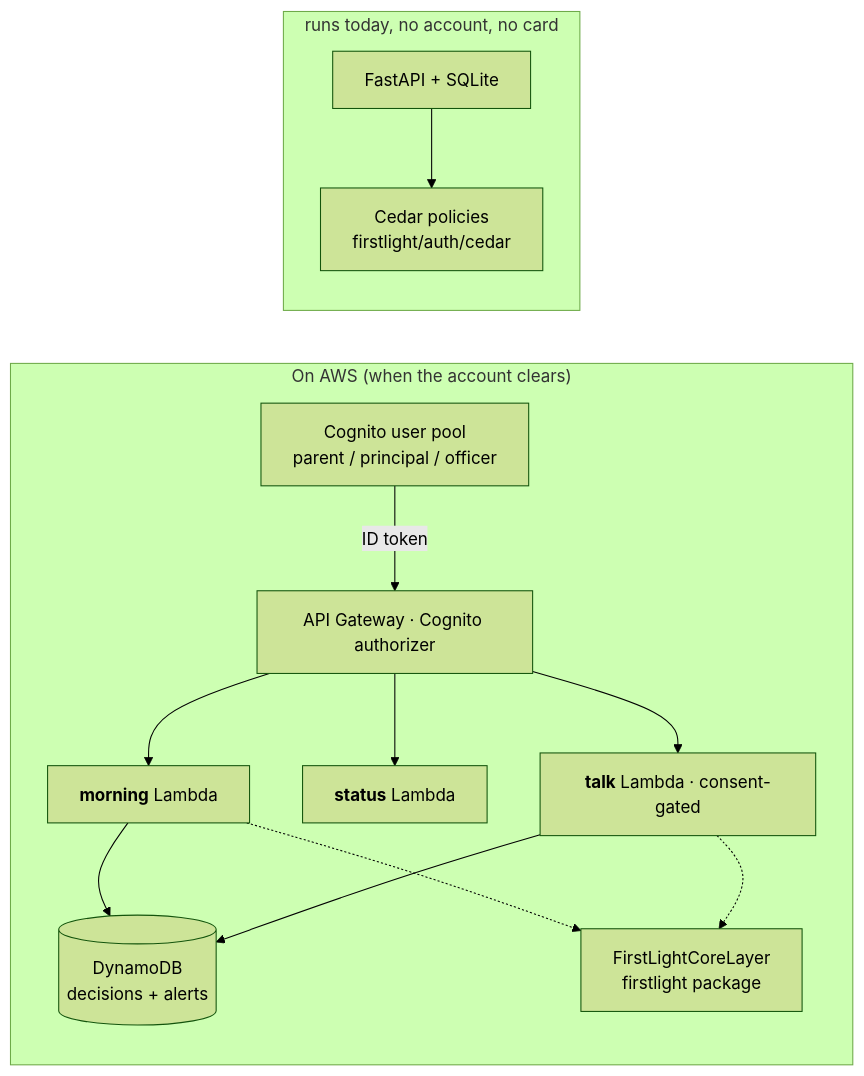
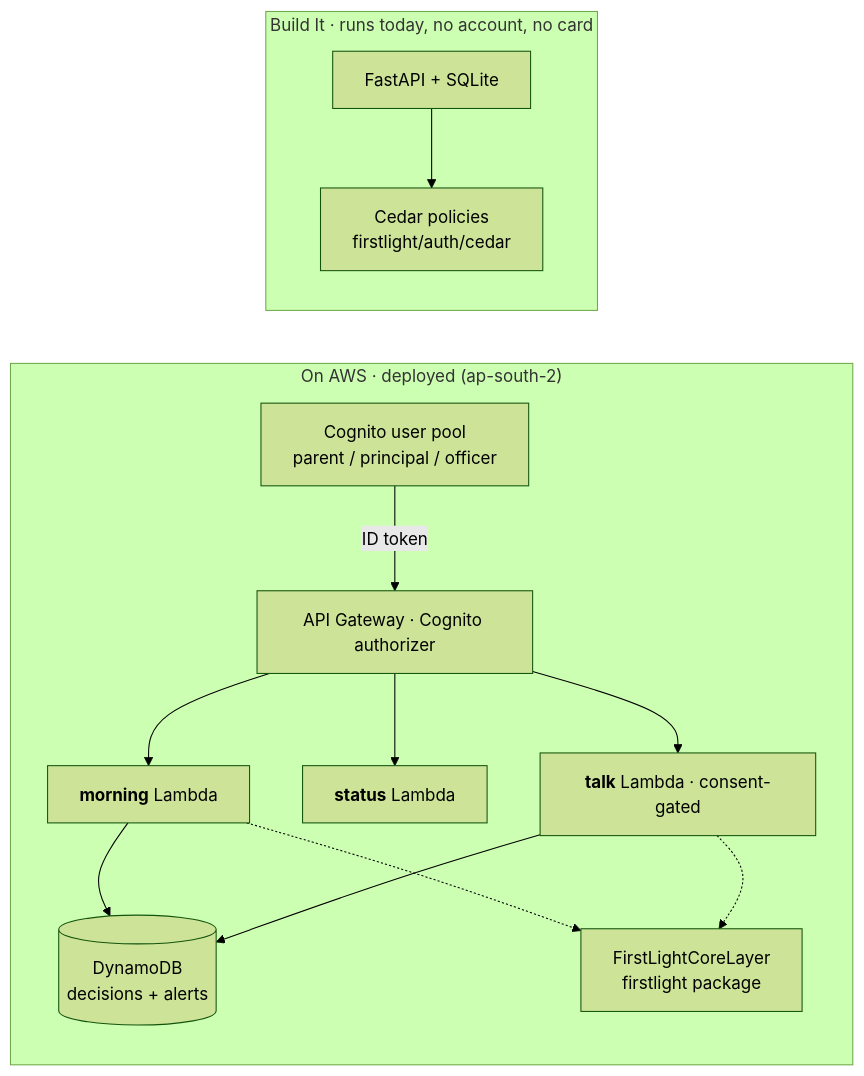
Before and after one commit to ionfwsrijan/FirstLight: the second of 2 diagrams in docs/architecture.md, drawn with Mermaid (forest theme). The commit also changed 4 other files, not shown here.

````diff
--- a/docs/architecture.md
+++ b/docs/architecture.md
@@ -44,16 +44,16 @@
 ```mermaid
 flowchart LR
-    subgraph Cloud["On AWS (when the account clears)"]
+    subgraph Cloud["On AWS · deployed (ap-south-2)"]
         CA[Cognito user pool<br/>parent / principal / officer] -->|ID token| APIGW[API Gateway · Cognito authorizer]
         APIGW --> L1[<b>morning</b> Lambda]
         APIGW --> L2[<b>status</b> Lambda]
         APIGW --> L3[<b>talk</b> Lambda · consent-gated]
         L1 --> DDB[(DynamoDB<br/>decisions + alerts)]
         L3 --> DDB
         L1 -.-> LAYER[FirstLightCoreLayer<br/>firstlight package]
         L3 -.-> LAYER
     end
-    subgraph Local["runs today, no account, no card"]
+    subgraph Local["Build It · runs today, no account, no card"]
         LL1[FastAPI + SQLite] --> PLUG[Cedar policies<br/>firstlight/auth/cedar]
     end
 ```
````
